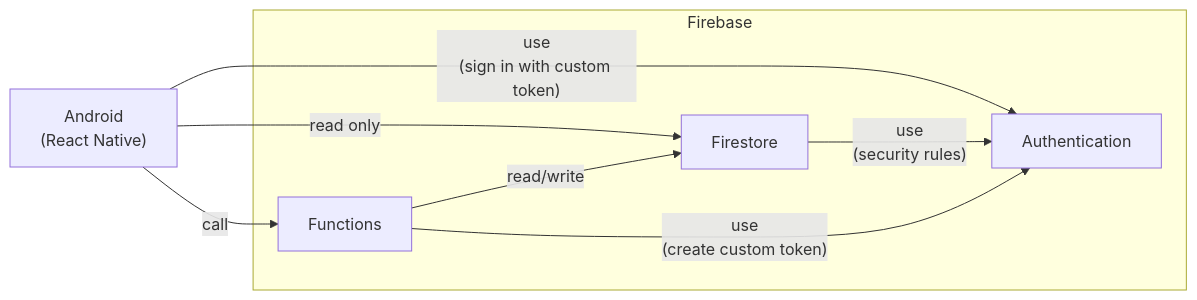
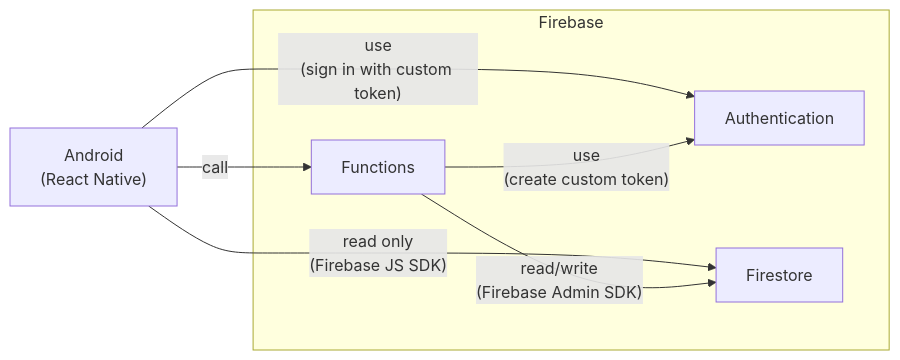
One commit to bouzuya/tsukota changed the first of 3 diagrams in README.md. Above: the diagram before and after it, drawn with Mermaid. The commit also changed other lines of this file, not shown here.

````diff
--- a/README.md
+++ b/README.md
@@ -36,17 +36,16 @@
 ```mermaid
 graph LR
   android["Android\n(React Native)"]
 
   subgraph "Firebase"
     auth["Authentication"]
     firestore["Firestore"]
     functions["Functions"]
   end
 
   android -- "call" --> functions
-  android -- "read only" --> firestore
+  android -- "read only\n(Firebase JS SDK)" --> firestore
   android -- "use\n(sign in with custom token)" --> auth
-  firestore -- "use\n(security rules)" --> auth
   functions -- "use\n(create custom token)" --> auth
-  functions -- "read/write" --> firestore
+  functions -- "read/write\n(Firebase Admin SDK)" --> firestore
 ```
````
